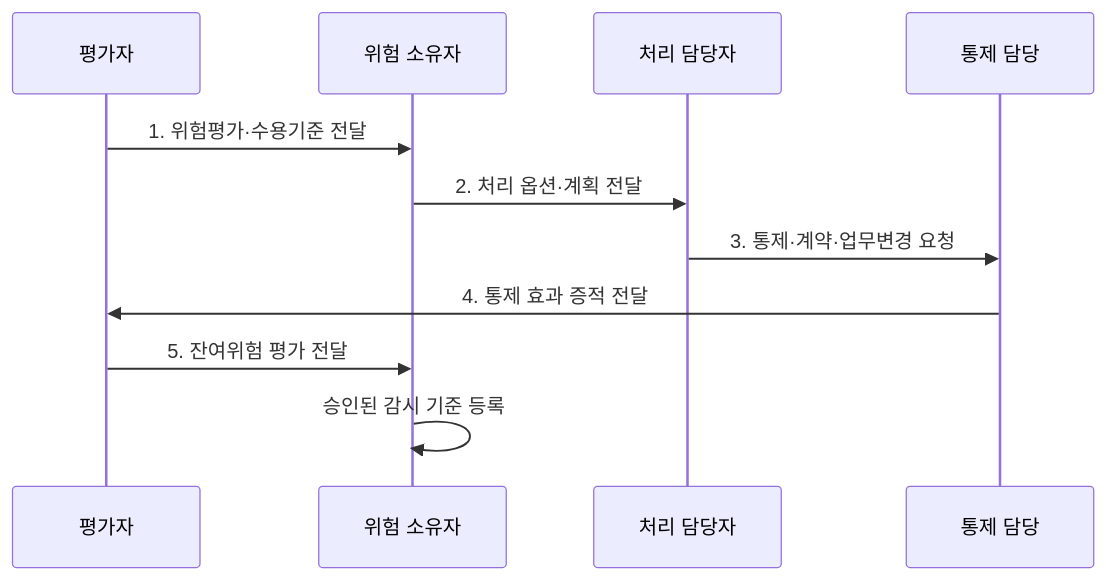
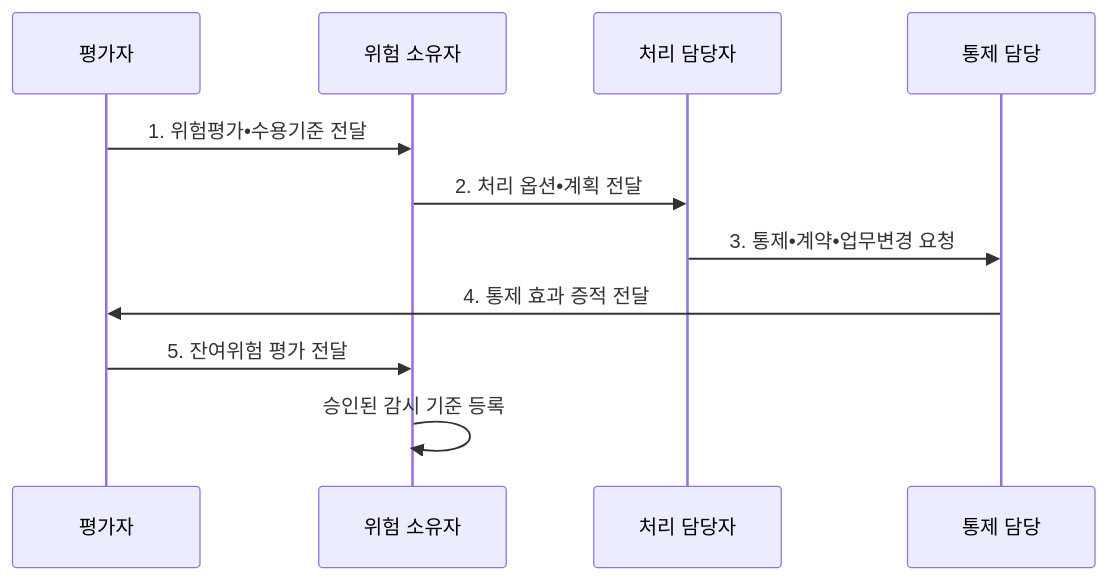
Before and after one commit to agnusdei1207/knowledge-base: the second of 2 diagrams in src/content/docs/notes/05-security/109_risk_treatment.md, drawn with Mermaid. The commit also changed other lines of this file and 953 other files, not shown here.

````diff
--- a/src/content/docs/notes/05-security/109_risk_treatment.md
+++ b/src/content/docs/notes/05-security/109_risk_treatment.md
@@ -99,13 +99,13 @@
 ```mermaid
 sequenceDiagram
   participant A as 평가자
   participant O as 위험 소유자
   participant T as 처리 담당자
   participant C as 통제 담당
-  A->>O: 1. 위험평가·수용기준 전달
-  O->>T: 2. 처리 옵션·계획 전달
-  T->>C: 3. 통제·계약·업무변경 요청
+  A->>O: 1. 위험평가•수용기준 전달
+  O->>T: 2. 처리 옵션•계획 전달
+  T->>C: 3. 통제•계약•업무변경 요청
   C->>A: 4. 통제 효과 증적 전달
   A->>O: 5. 잔여위험 평가 전달
   O->>O: 승인된 감시 기준 등록
 ```
````
